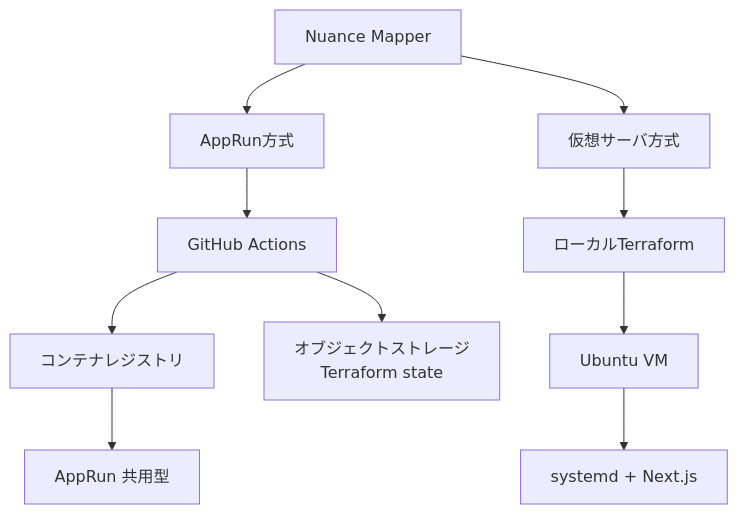
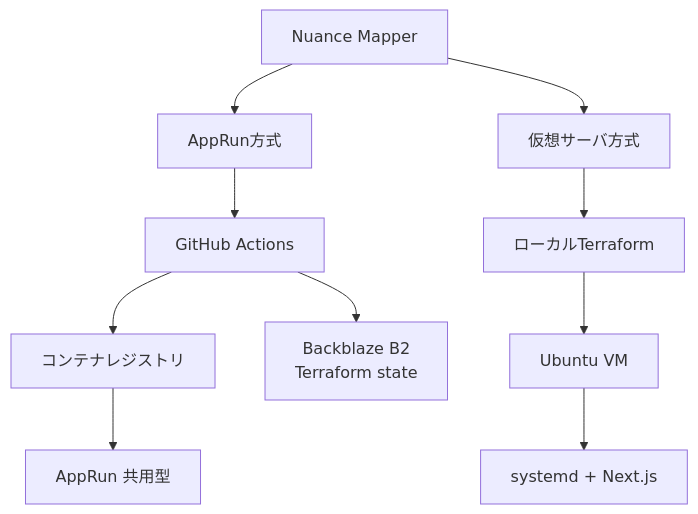
One commit to sohohold/nuance-mapper changed the diagram in terraform/README.md. Above: the diagram before and after it, drawn with Mermaid. The commit also changed other lines of this file and 5 other files, not shown here.

Commit message:
Migrate Terraform state backend to Backblaze B2

````diff
--- a/terraform/README.md
+++ b/terraform/README.md
@@ -22,15 +22,15 @@
 ```mermaid
 flowchart TB
     R[Nuance Mapper]
     R --> A[AppRun方式]
     R --> S[仮想サーバ方式]
 
     A --> GA[GitHub Actions]
     GA --> CR[コンテナレジストリ]
     CR --> AR[AppRun 共用型]
-    GA --> OS[オブジェクトストレージ<br/>Terraform state]
+    GA --> OS[Backblaze B2<br/>Terraform state]
 
     S --> TF[ローカルTerraform]
     TF --> VM[Ubuntu VM]
     VM --> SD[systemd + Next.js]
 ```
````
